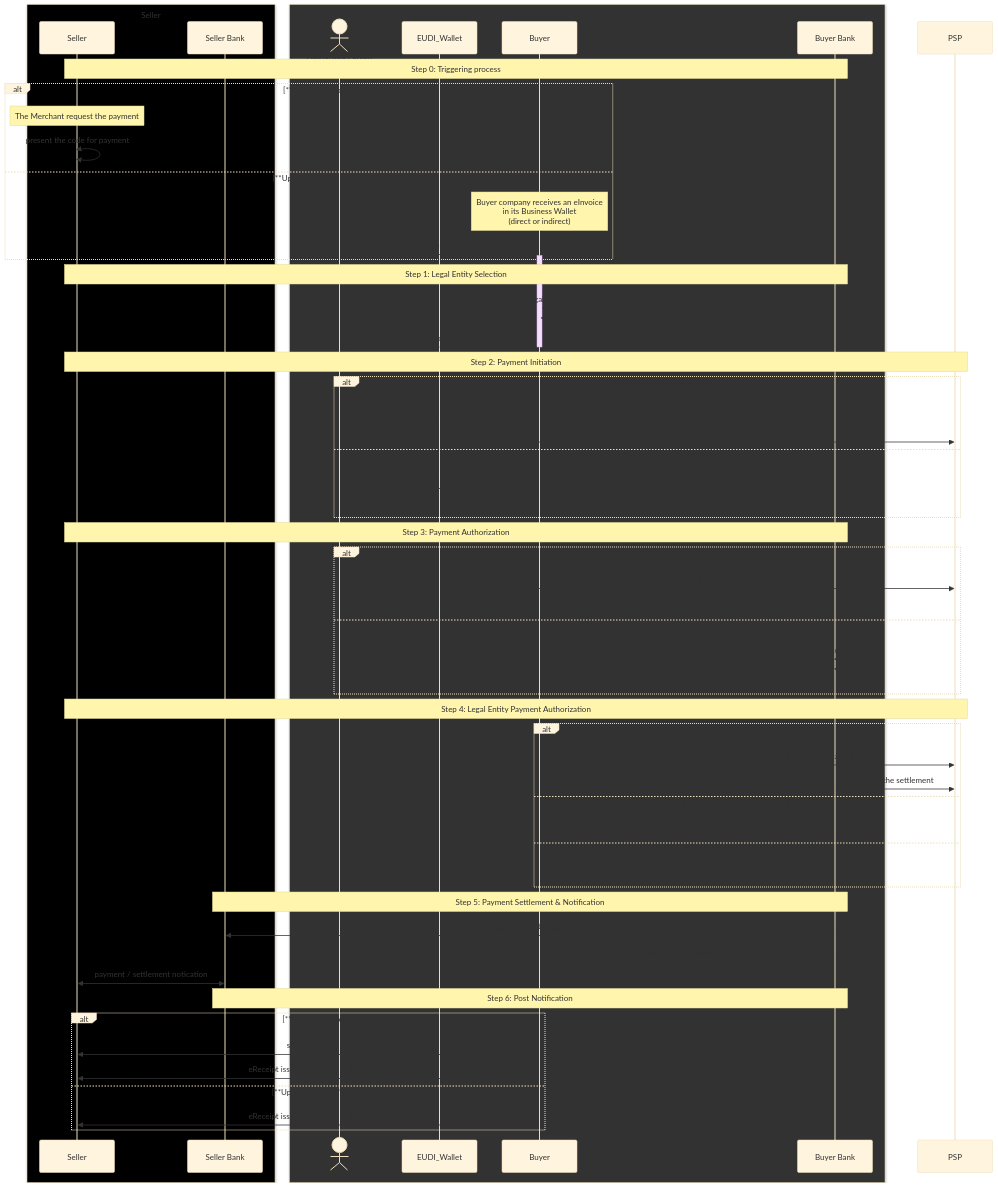
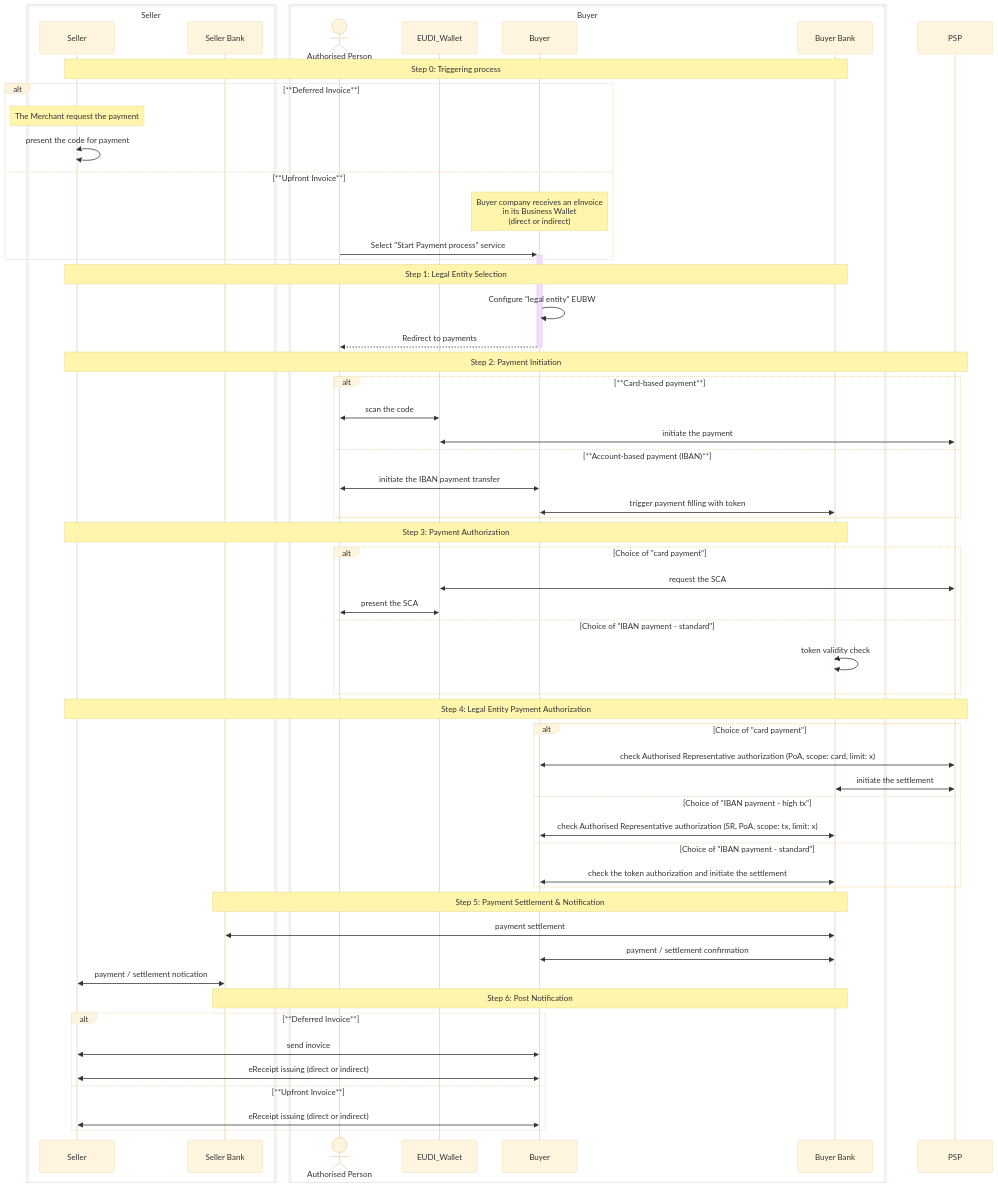
The diagram in PA4/README_MVP.md (flo0x/wp3-technology-standards), drawn with Mermaid (base theme) before and after one commit.

````diff
--- a/PA4/README_MVP.md
+++ b/PA4/README_MVP.md
@@ -192,67 +192,67 @@
 ```mermaid
 sequenceDiagram
-box rgb(0,0,0) Seller
+box  Seller
   participant Seller
   participant SellerBank as Seller Bank
 end
-box rgb(50,50,50) Buyer
+box  Buyer
   actor AuthPerson as Authorised Person
   participant EUDI_Wallet
   participant Buyer
   participant BuyerBank as Buyer Bank
 end
 participant PSP
 
     note over Seller, BuyerBank  : Step 0: Triggering process 
     alt **Deferred Invoice**
         note over Seller  : The Merchant request the payment 
         Seller <<->> Seller: present the code for payment         
     else **Upfront  Invoice**     
         note over Buyer : Buyer company receives an eInvoice<br/>in its Business Wallet<br/>(direct or indirect)
         AuthPerson ->>+ Buyer : Select "Start Payment process" service
     end 
     
     note over Seller, BuyerBank  : Step 1: Legal Entity Selection
     Buyer ->> Buyer : Configure "legal entity" EUBW
     Buyer -->>- AuthPerson : Redirect to payments
 
     note over Seller, PSP  : Step 2: Payment Initiation
     alt **Card-based payment**
         AuthPerson <<->> EUDI_Wallet : scan the code
         EUDI_Wallet <<->> PSP : initiate the payment
     else **Account-based payment (IBAN)**
         AuthPerson <<->> Buyer : initiate the IBAN payment transfer
         Buyer <<->> BuyerBank : trigger payment filling with token
     end
 
     note over Seller, BuyerBank  : Step 3: Payment Authorization
     alt Choice of "card payment"
         PSP <<->> EUDI_Wallet : request the SCA
         AuthPerson <<->> EUDI_Wallet : present the SCA
     else Choice of "IBAN payment - standard"
         BuyerBank <<->> BuyerBank : token validity check
     end
 
     note over Seller, PSP  : Step 4: Legal Entity Payment Authorization
     alt Choice of "card payment"
         PSP <<->> Buyer : check Authorised Representative authorization (PoA, scope: card, limit: x)
         PSP <<->> BuyerBank : initiate the settlement
     else Choice of "IBAN payment - high tx"
         BuyerBank <<->> Buyer : check Authorised Representative authorization (SR, PoA, scope: tx, limit: x)
     else Choice of "IBAN payment - standard"
         BuyerBank <<->> Buyer : check the token authorization and initiate the settlement
     end
 
     note over SellerBank, BuyerBank  : Step 5: Payment Settlement & Notification
     BuyerBank <<->> SellerBank : payment settlement
     BuyerBank <<->> Buyer : payment / settlement confirmation
     SellerBank <<->> Seller : payment / settlement notication
 
     note over SellerBank, BuyerBank  : Step 6: Post Notification   
     alt **Deferred Invoice**
         Seller <<->> Buyer: send inovice 
         Buyer <<->> Seller : eReceipt issuing (direct or indirect)
     else **Upfront  Invoice**     
         Buyer <<->> Seller : eReceipt issuing (direct or indirect)
     end 
 ```
````
